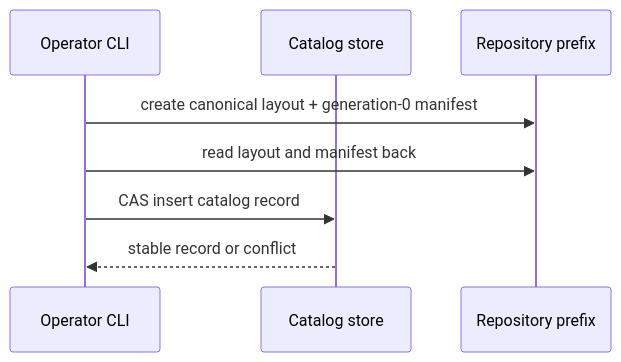
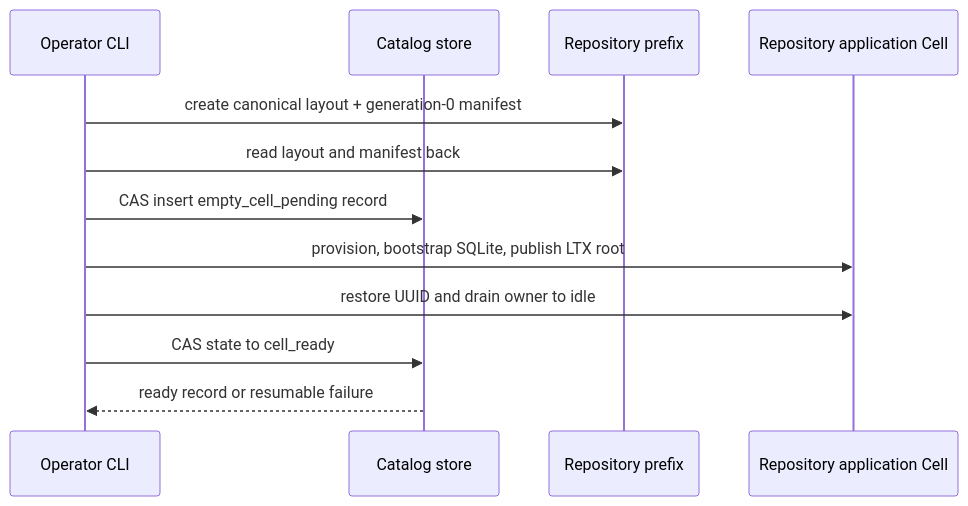
The second of 11 diagrams in crates/crab-http-server/DESIGN.md (crabbuild/crab), drawn with Mermaid before and after one commit. The commit also changed other lines of this file and 37 other files, not shown here.

````diff
--- a/crates/crab-http-server/DESIGN.md
+++ b/crates/crab-http-server/DESIGN.md
@@ -129,11 +136,15 @@
 ```mermaid
 sequenceDiagram
     participant O as Operator CLI
     participant C as Catalog store
     participant R as Repository prefix
+    participant A as Repository application Cell
 
     O->>R: create canonical layout + generation-0 manifest
     O->>R: read layout and manifest back
-    O->>C: CAS insert catalog record
-    C-->>O: stable record or conflict
+    O->>C: CAS insert empty_cell_pending record
+    O->>A: provision, bootstrap SQLite, publish LTX root
+    O->>A: restore UUID and drain owner to idle
+    O->>C: CAS state to cell_ready
+    C-->>O: ready record or resumable failure
 ```
````
